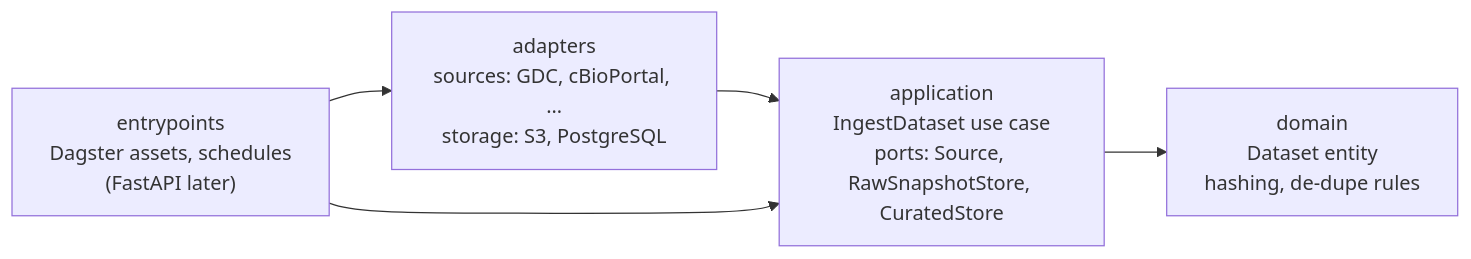
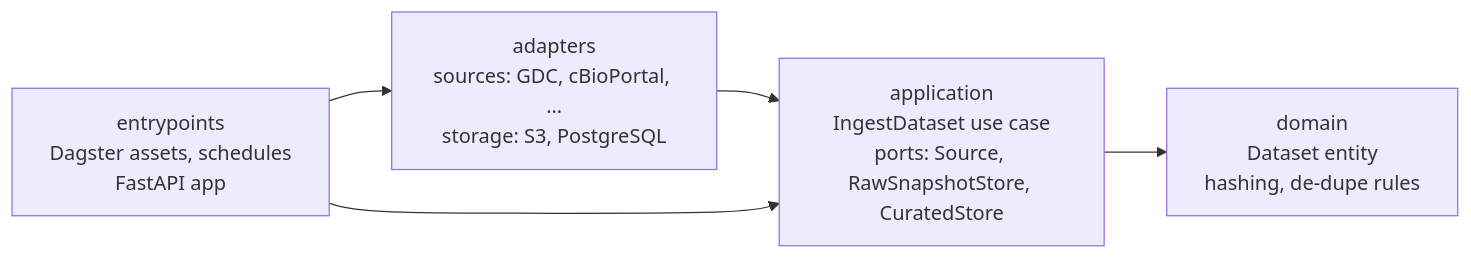
One commit to ModupeD/OrisunIwadi changed the diagram in README.md. Above: the diagram before and after it, drawn with Mermaid. The commit also changed other lines of this file and 30 other files, not shown here.

````diff
--- a/README.md
+++ b/README.md
@@ -25,7 +25,7 @@
 ```mermaid
 flowchart LR
-    E["entrypoints<br/>Dagster assets, schedules<br/>(FastAPI later)"] --> A["adapters<br/>sources: GDC, cBioPortal, …<br/>storage: S3, PostgreSQL"]
+    E["entrypoints<br/>Dagster assets, schedules<br/>FastAPI app"] --> A["adapters<br/>sources: GDC, cBioPortal, …<br/>storage: S3, PostgreSQL"]
     A --> P["application<br/>IngestDataset use case<br/>ports: Source, RawSnapshotStore, CuratedStore"]
     P --> D["domain<br/>Dataset entity<br/>hashing, de-dupe rules"]
     E --> P
 ```
````
